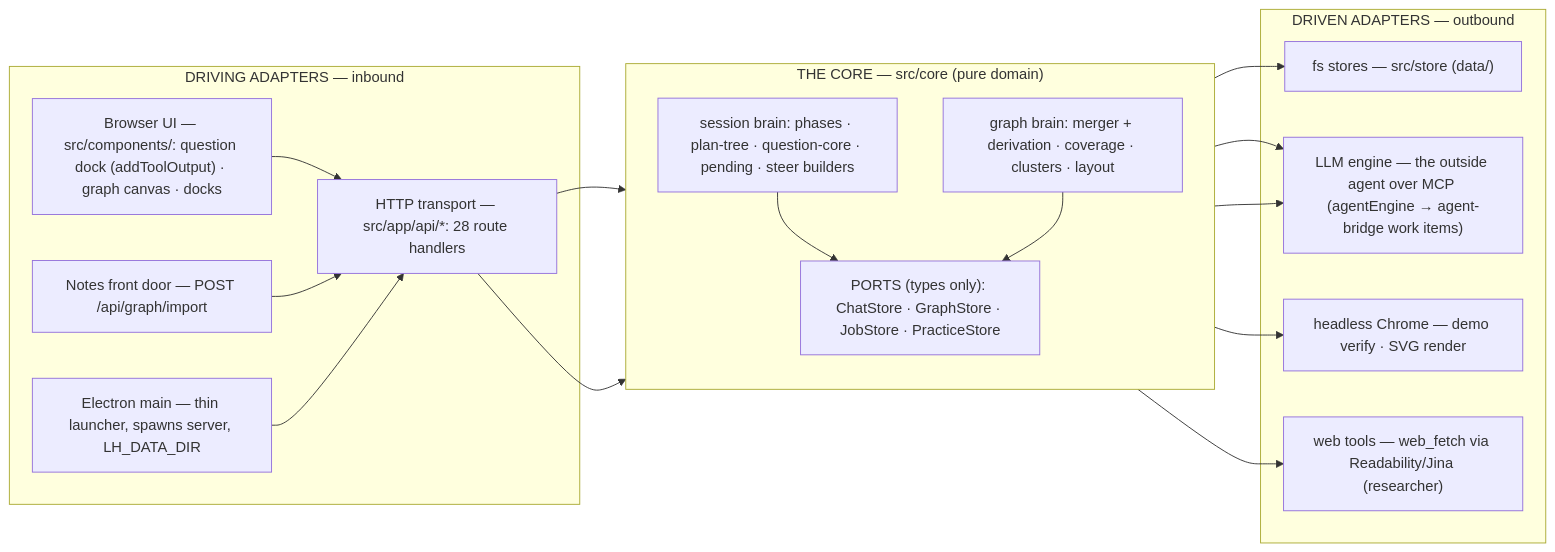
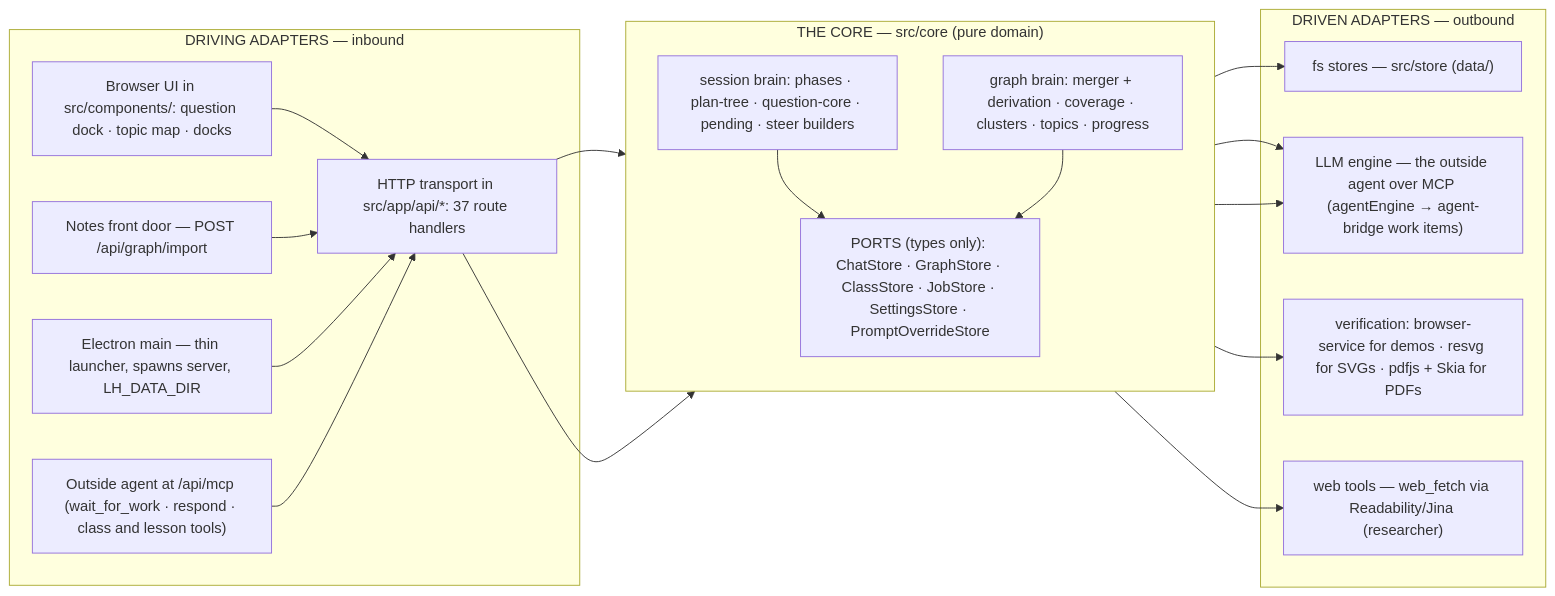
Before and after one commit to bayshores/godspeed: the second of 7 diagrams in docs/architecture.md, drawn with Mermaid. The commit also changed other lines of this file and 17 other files, not shown here.

````diff
--- a/docs/architecture.md
+++ b/docs/architecture.md
@@ -171,36 +171,38 @@
 ```mermaid
 flowchart LR
     subgraph DRIVING["DRIVING ADAPTERS — inbound"]
-        BROWSER["Browser UI — src/components/: question dock (addToolOutput) · graph canvas · docks"]
-        HTTP["HTTP transport — src/app/api/*: 28 route handlers"]
+        BROWSER["Browser UI in src/components/: question dock · topic map · docks"]
+        HTTP["HTTP transport in src/app/api/*: 37 route handlers"]
+        MCPIN["Outside agent at /api/mcp (wait_for_work · respond · class and lesson tools)"]
         NOTES["Notes front door — POST /api/graph/import"]
         ELEC["Electron main — thin launcher, spawns server, LH_DATA_DIR"]
     end
 
     subgraph HEXCORE["THE CORE — src/core (pure domain)"]
         direction TB
         SESS["session brain: phases · plan-tree · question-core · pending · steer builders"]
-        GBRAIN["graph brain: merger + derivation · coverage · clusters · layout"]
-        PORTSBOX["PORTS (types only): ChatStore · GraphStore · JobStore · PracticeStore"]
+        GBRAIN["graph brain: merger + derivation · coverage · clusters · topics · progress"]
+        PORTSBOX["PORTS (types only): ChatStore · GraphStore · ClassStore · JobStore · SettingsStore · PromptOverrideStore"]
     end
 
     subgraph DRIVEN["DRIVEN ADAPTERS — outbound"]
         FS["fs stores — src/store (data/)"]
         LLM["LLM engine — the outside agent over MCP (agentEngine → agent-bridge work items)"]
-        HEAD["headless Chrome — demo verify · SVG render"]
+        HEAD["verification: browser-service for demos · resvg for SVGs · pdfjs + Skia for PDFs"]
         WEB["web tools — web_fetch via Readability/Jina (researcher)"]
     end
 
     BROWSER --> HTTP
     NOTES --> HTTP
     ELEC --> HTTP
+    MCPIN --> HTTP
     HTTP --> SESS
     HTTP --> GBRAIN
     SESS --> PORTSBOX
     GBRAIN --> PORTSBOX
     PORTSBOX --> FS
     SESS --> LLM
     GBRAIN --> LLM
     SESS --> HEAD
     SESS --> WEB
 ```
````
